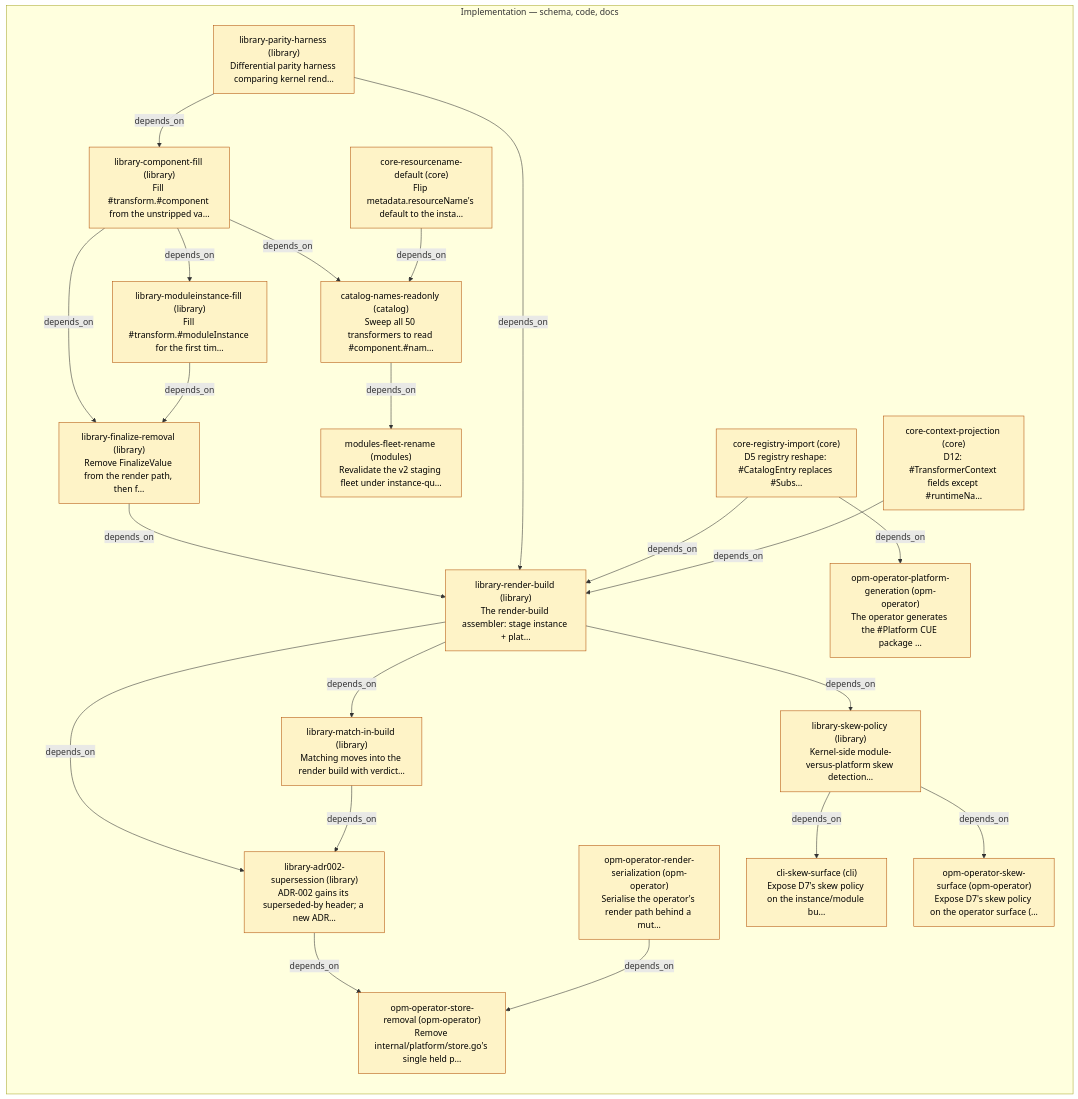
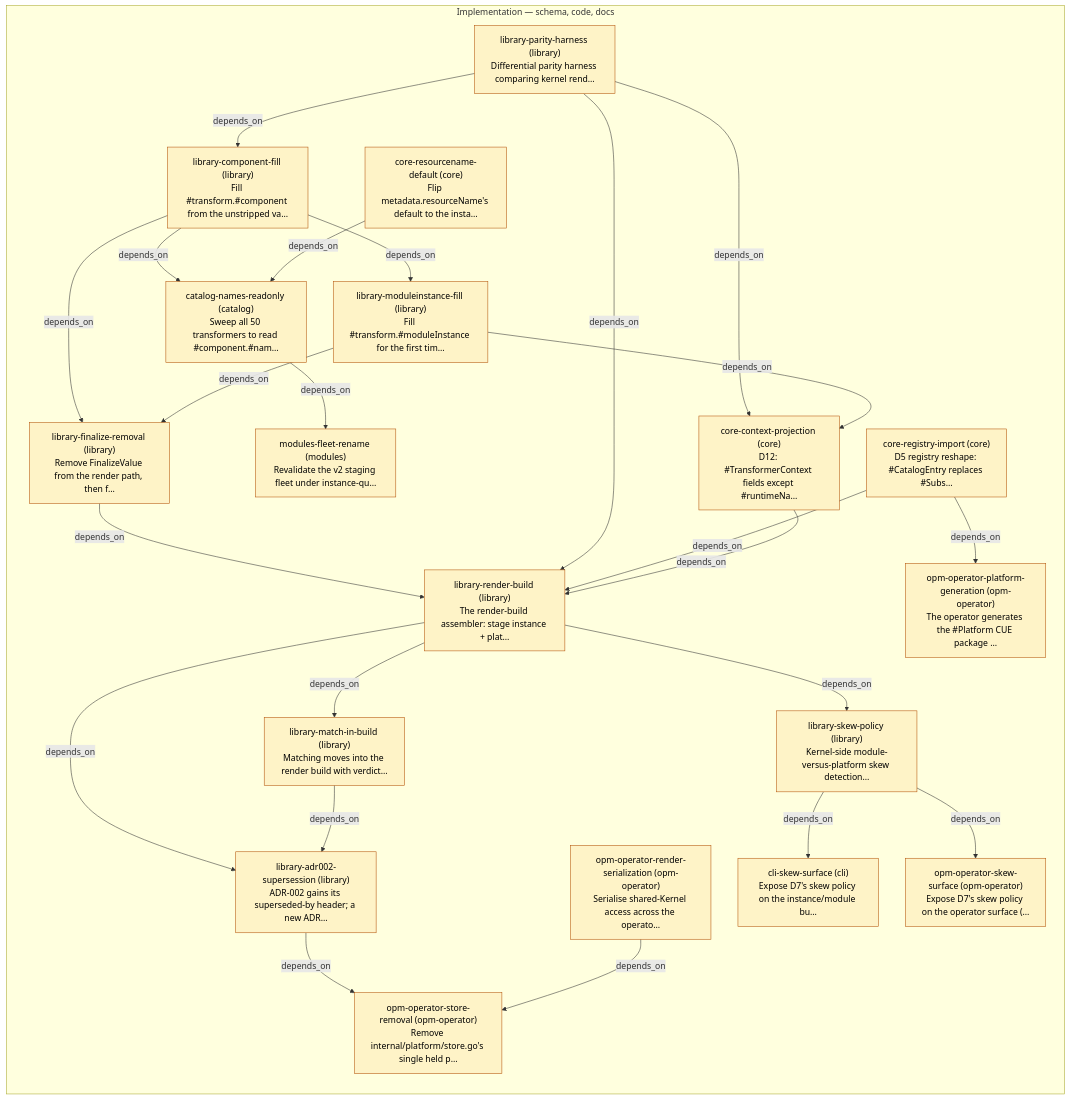
The diagram in 0019/PLAN.md (open-platform-model/enhancements), drawn with Mermaid before and after one commit. The commit also changed other lines of this file and 8 other files, not shown here.

````diff
--- a/0019/PLAN.md
+++ b/0019/PLAN.md
@@ -5,50 +5,52 @@
 ```mermaid
 graph LR
   classDef planned     fill:#fef3c7,stroke:#b45309,color:#000
   classDef in_progress fill:#dbeafe,stroke:#1d4ed8,color:#000
   classDef done        fill:#dcfce7,stroke:#15803d,color:#000
   classDef cancelled   fill:#e5e7eb,stroke:#6b7280,color:#6b7280
   classDef other       fill:#fafafa,stroke:#9ca3af,color:#6b7280,stroke-dasharray:3 3
 
   subgraph PHASE_IMPL["Implementation — schema, code, docs"]
     S_library-parity-harness["library-parity-harness (library)\nDifferential parity harness comparing kernel rend…"]:::planned
     S_library-component-fill["library-component-fill (library)\nFill #transform.#component from the unstripped va…"]:::planned
     S_library-moduleinstance-fill["library-moduleinstance-fill (library)\nFill #transform.#moduleInstance for the first tim…"]:::planned
     S_library-finalize-removal["library-finalize-removal (library)\nRemove FinalizeValue from the render path, then f…"]:::planned
     S_core-resourcename-default["core-resourcename-default (core)\nFlip metadata.resourceName's default to the insta…"]:::planned
     S_catalog-names-readonly["catalog-names-readonly (catalog)\nSweep all 50 transformers to read #component.#nam…"]:::planned
     S_modules-fleet-rename["modules-fleet-rename (modules)\nRevalidate the v2 staging fleet under instance-qu…"]:::planned
-    S_opm-operator-render-serialization["opm-operator-render-serialization (opm-operator)\nSerialise the operator's render path behind a mut…"]:::planned
+    S_opm-operator-render-serialization["opm-operator-render-serialization (opm-operator)\nSerialise shared-Kernel access across the operato…"]:::planned
     S_core-registry-import["core-registry-import (core)\nD5 registry reshape: #CatalogEntry replaces #Subs…"]:::planned
     S_core-context-projection["core-context-projection (core)\nD12: #TransformerContext fields except #runtimeNa…"]:::planned
     S_library-render-build["library-render-build (library)\nThe render-build assembler: stage instance + plat…"]:::planned
     S_library-match-in-build["library-match-in-build (library)\nMatching moves into the render build with verdict…"]:::planned
     S_library-skew-policy["library-skew-policy (library)\nKernel-side module-versus-platform skew detection…"]:::planned
     S_library-adr002-supersession["library-adr002-supersession (library)\nADR-002 gains its superseded-by header; a new ADR…"]:::planned
     S_opm-operator-store-removal["opm-operator-store-removal (opm-operator)\nRemove internal/platform/store.go's single held p…"]:::planned
     S_opm-operator-platform-generation["opm-operator-platform-generation (opm-operator)\nThe operator generates the #Platform CUE package …"]:::planned
     S_cli-skew-surface["cli-skew-surface (cli)\nExpose D7's skew policy on the instance/module bu…"]:::planned
     S_opm-operator-skew-surface["opm-operator-skew-surface (opm-operator)\nExpose D7's skew policy on the operator surface (…"]:::planned
   end
 
   S_library-parity-harness -->|depends_on| S_library-component-fill
   S_library-component-fill -->|depends_on| S_library-moduleinstance-fill
   S_library-component-fill -->|depends_on| S_library-finalize-removal
   S_library-moduleinstance-fill -->|depends_on| S_library-finalize-removal
   S_library-component-fill -->|depends_on| S_catalog-names-readonly
   S_core-resourcename-default -->|depends_on| S_catalog-names-readonly
   S_catalog-names-readonly -->|depends_on| S_modules-fleet-rename
+  S_library-parity-harness -->|depends_on| S_core-context-projection
+  S_library-moduleinstance-fill -->|depends_on| S_core-context-projection
   S_library-finalize-removal -->|depends_on| S_library-render-build
   S_library-parity-harness -->|depends_on| S_library-render-build
   S_core-registry-import -->|depends_on| S_library-render-build
   S_core-context-projection -->|depends_on| S_library-render-build
   S_library-render-build -->|depends_on| S_library-match-in-build
   S_library-render-build -->|depends_on| S_library-skew-policy
   S_library-render-build -->|depends_on| S_library-adr002-supersession
   S_library-match-in-build -->|depends_on| S_library-adr002-supersession
   S_library-adr002-supersession -->|depends_on| S_opm-operator-store-removal
   S_opm-operator-render-serialization -->|depends_on| S_opm-operator-store-removal
   S_core-registry-import -->|depends_on| S_opm-operator-platform-generation
   S_library-skew-policy -->|depends_on| S_cli-skew-surface
   S_library-skew-policy -->|depends_on| S_opm-operator-skew-surface
 ```
````
